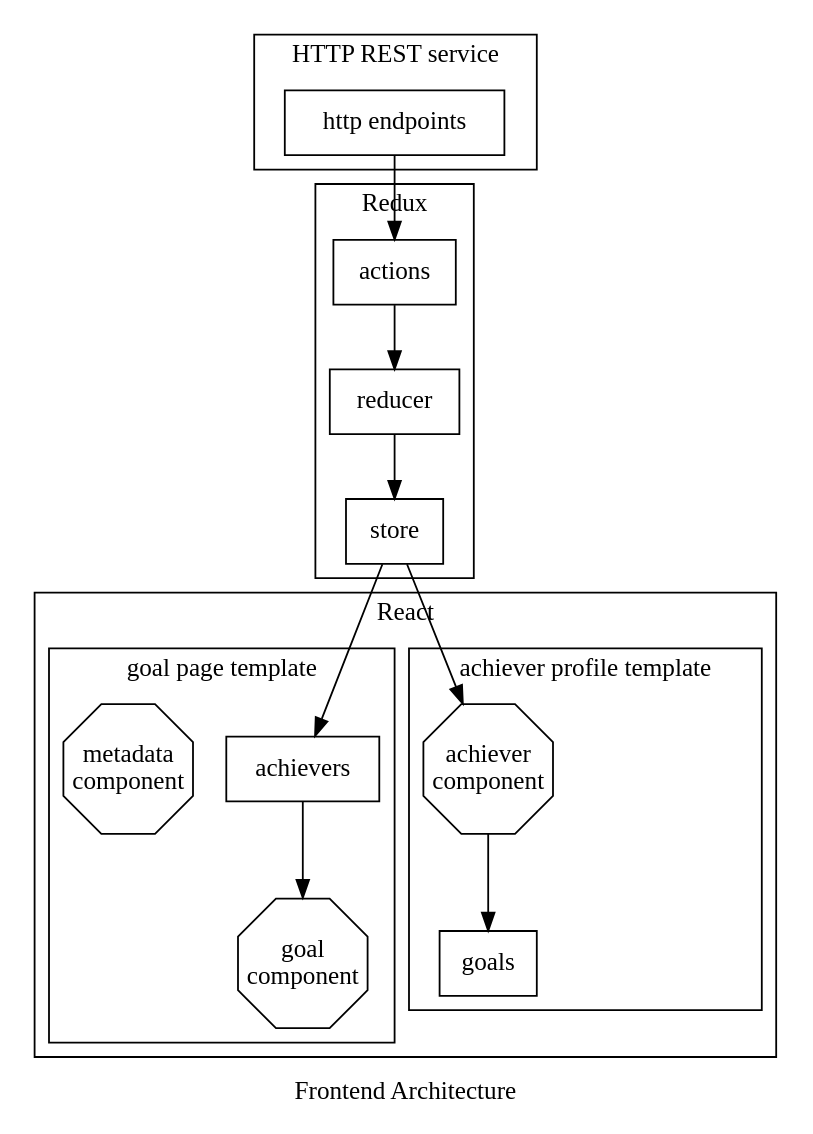
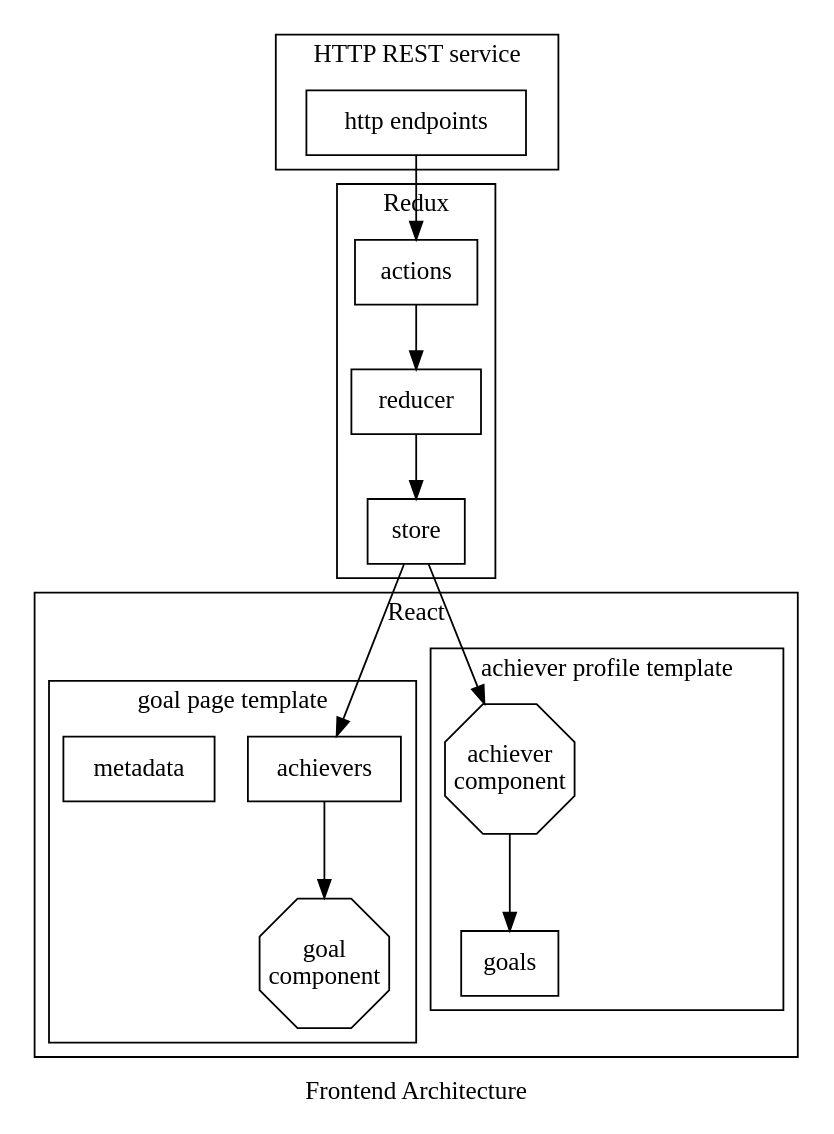
Before and after one commit to emerson-argueta/postgres-react-golang-template: the diagram in design/frontend/architecture.dot, drawn with Graphviz.

Commit message:
replaced metadata component as goal page template state

```diff
--- a/design/frontend/architecture.dot
+++ b/design/frontend/architecture.dot
@@ -1,64 +1,57 @@
 digraph architecture{
     label="Frontend Architecture"
     
     subgraph cluster_react_views{
         label="React"
         compound=true
         achiever_component[
             label="achiever\n component",
             shape="polygon",
             sides=8,
             fixedsize=true,
             width="1"
             height="1"
         ]
 
         goal_component[
             label="goal\n component",
             shape="polygon",
             sides=8,
             fixedsize=true,
             width="1"
             height="1"
         ]
 
         subgraph cluster_achiever_profile{
             label="achiever profile template"
             goals[shape="rectangle"]
             achiever_component->goals
         }
 
         subgraph cluster_goal_page{
             label="goal page template"
             
             achievers[shape="rectangle"]
 
-            cluster_metadata[
-                label="metadata\n component"
-                shape="polygon"
-                sides=8
-                fixedsize=true,
-                width="1"
-                height="1"
-            ]
+            metadata[label="metadata",shape="rectangle"]
             achievers->goal_component
         }    
     }
 
     subgraph cluster_redux{
         label="Redux"
         store[shape="rectangle"]
         actions[shape="rectangle"]
         reducer[shape="rectangle"]
         actions->reducer->store
     }
     subgraph cluster_rest_api_interface{
         label="HTTP REST service"
         httpendpoints[shape="rectangle",label="http endpoints"]
     }
     httpendpoints->actions
     store->{
         achievers
         achiever_component
     }
 }
```
